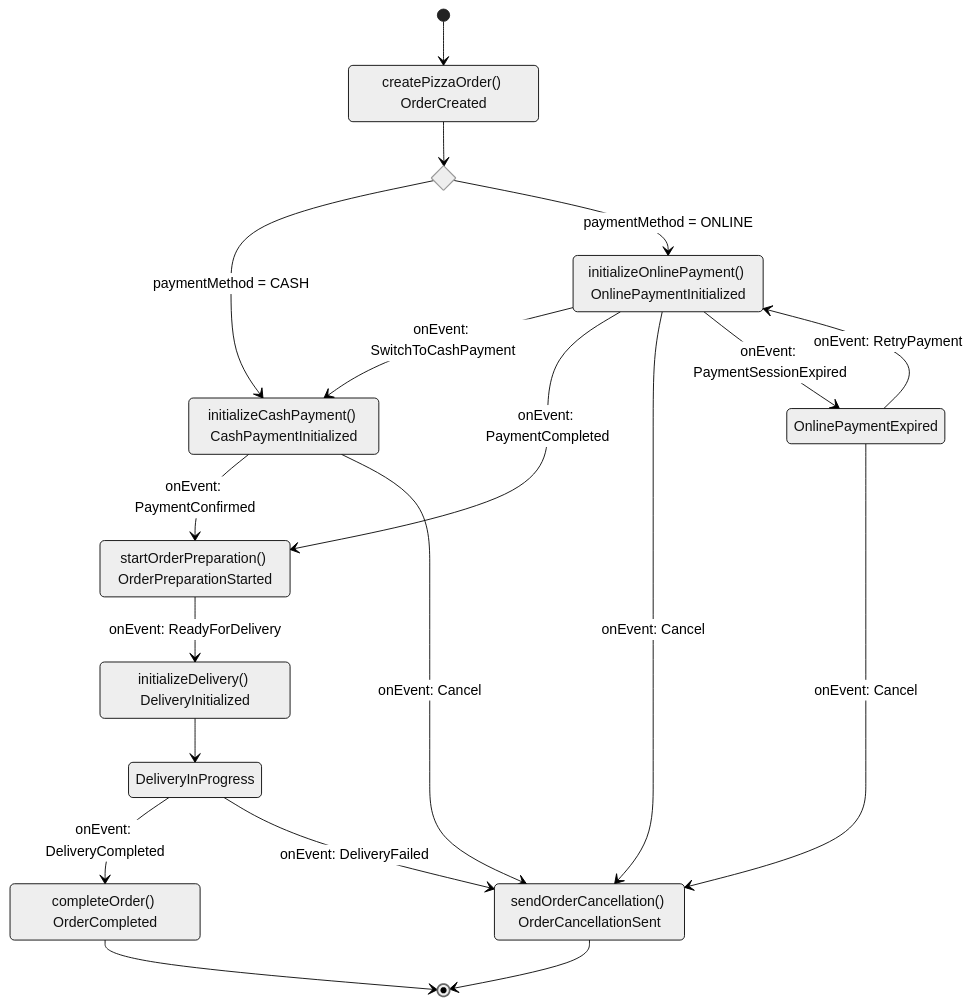
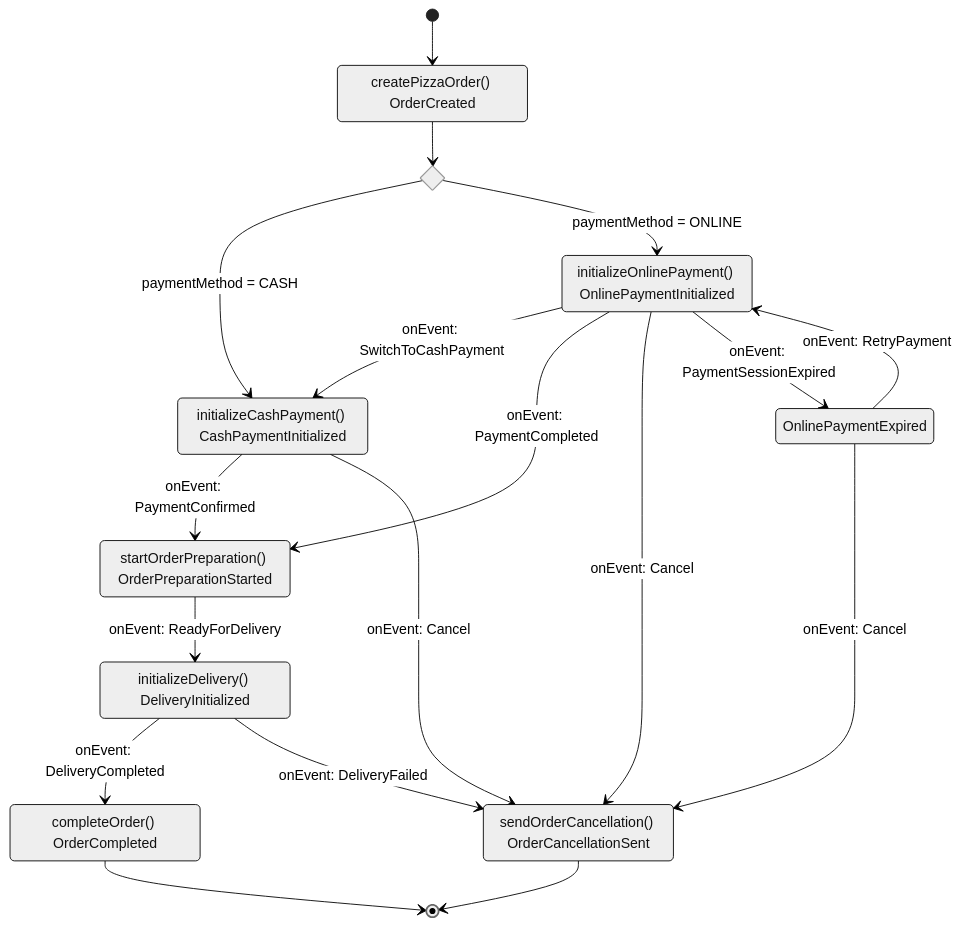
The diagram in README.md (marcingurbisz/flowlite), drawn with Mermaid (neutral theme) before and after one commit. The commit also changed other lines of this file and 2 other files, not shown here.

Commit message:
Fix inconsistencies between diagram and code, DeliveryInProgress removed, rename join method

````diff
--- a/README.md
+++ b/README.md
@@ -50,32 +51,31 @@
 ```mermaid
 stateDiagram-v2
     state if_payment_method <<choice>>
     
     [*] --> OrderCreated
     OrderCancellationSent --> [*]
     OrderCreated: createPizzaOrder() OrderCreated
     OrderCreated --> if_payment_method
     if_payment_method --> CashPaymentInitialized: paymentMethod = CASH
     if_payment_method --> OnlinePaymentInitialized: paymentMethod = ONLINE
     CashPaymentInitialized: initializeCashPayment() CashPaymentInitialized
     CashPaymentInitialized --> OrderPreparationStarted: onEvent#58; PaymentConfirmed
     CashPaymentInitialized --> OrderCancellationSent: onEvent#58; Cancel
     OnlinePaymentInitialized: initializeOnlinePayment() OnlinePaymentInitialized
     OnlinePaymentInitialized --> CashPaymentInitialized: onEvent#58; SwitchToCashPayment
     OnlinePaymentInitialized --> OrderPreparationStarted: onEvent#58; PaymentCompleted
     OnlinePaymentInitialized --> OrderCancellationSent: onEvent#58; Cancel 
     OnlinePaymentInitialized --> OnlinePaymentExpired: onEvent#58; PaymentSessionExpired
     OnlinePaymentExpired --> OnlinePaymentInitialized: onEvent#58; RetryPayment
     OnlinePaymentExpired --> OrderCancellationSent: onEvent#58; Cancel
     OrderPreparationStarted: startOrderPreparation() OrderPreparationStarted
     OrderPreparationStarted --> DeliveryInitialized: onEvent#58; ReadyForDelivery
      
     DeliveryInitialized: initializeDelivery() DeliveryInitialized
-    DeliveryInitialized --> DeliveryInProgress
-    DeliveryInProgress --> OrderCompleted: onEvent#58; DeliveryCompleted
-    DeliveryInProgress --> OrderCancellationSent: onEvent#58; DeliveryFailed
+    DeliveryInitialized --> OrderCompleted: onEvent#58; DeliveryCompleted
+    DeliveryInitialized --> OrderCancellationSent: onEvent#58; DeliveryFailed
     
     OrderCompleted: completeOrder() OrderCompleted
     OrderCancellationSent: sendOrderCancellation() OrderCancellationSent
     OrderCompleted --> [*]
 ```
````
